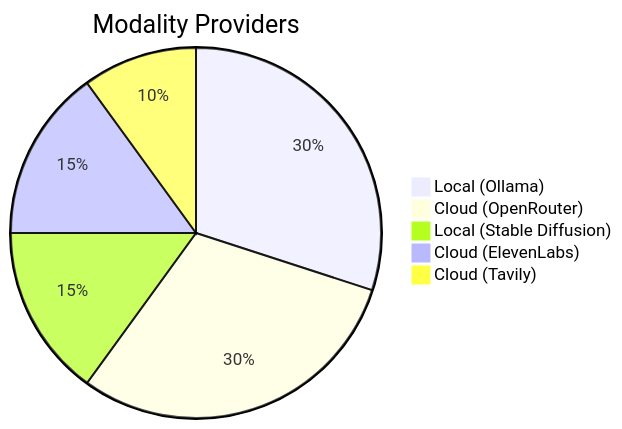
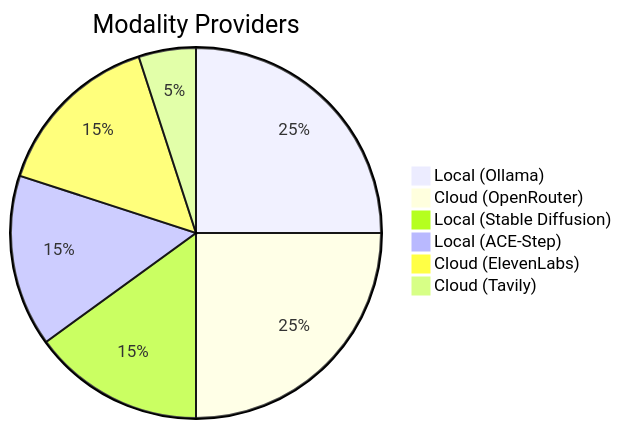
One commit to BenevolenceMessiah/multimodal-discord-bot changed the second of 2 diagrams in README.md. Above: the diagram before and after it, drawn with Mermaid. The commit also changed other lines of this file and 19 other files, not shown here.

First line of the commit message:
feat: /music command & ACE-Step integration

````diff
--- a/README.md
+++ b/README.md
@@ -338,9 +585,10 @@
 ```mermaid
 pie
     title Modality Providers
-    "Local (Ollama)": 30
-    "Cloud (OpenRouter)": 30
+    "Local (Ollama)": 25
+    "Cloud (OpenRouter)": 25
     "Local (Stable Diffusion)": 15
+    "Local (ACE-Step)": 15
     "Cloud (ElevenLabs)": 15
-    "Cloud (Tavily)": 10
+    "Cloud (Tavily)": 5
 ```  
````
